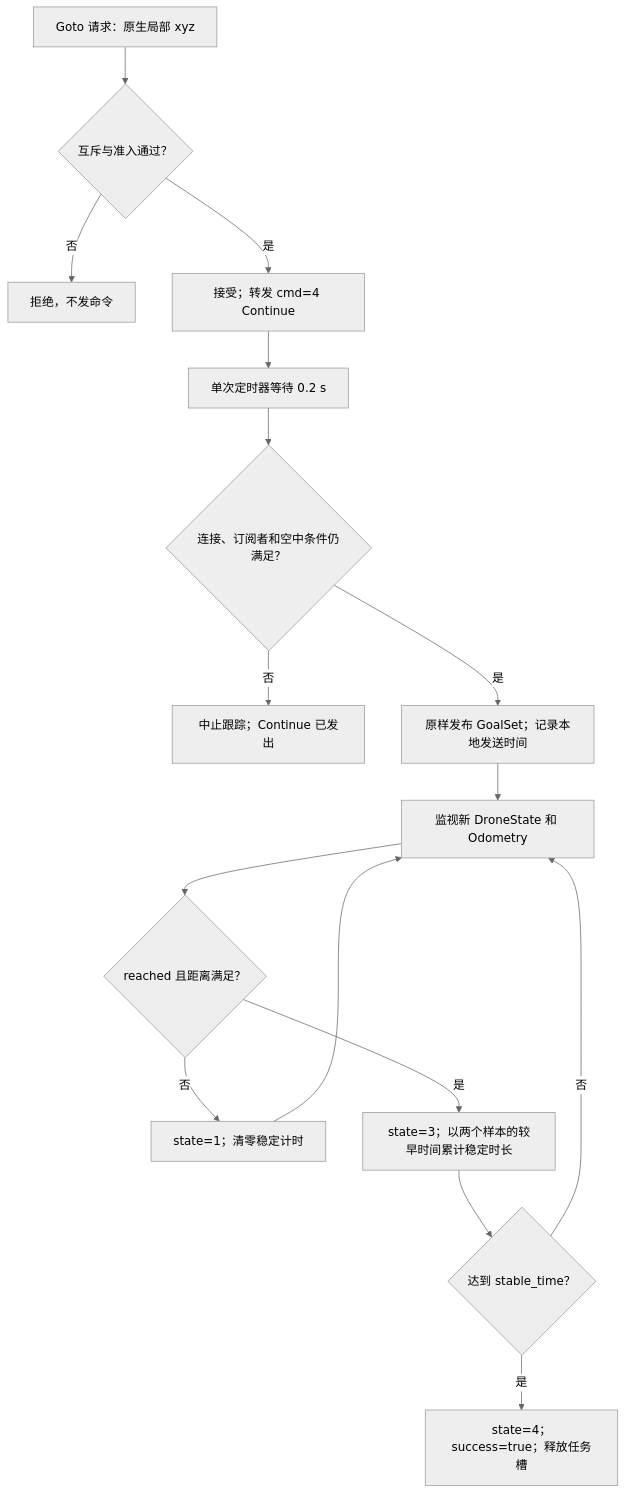
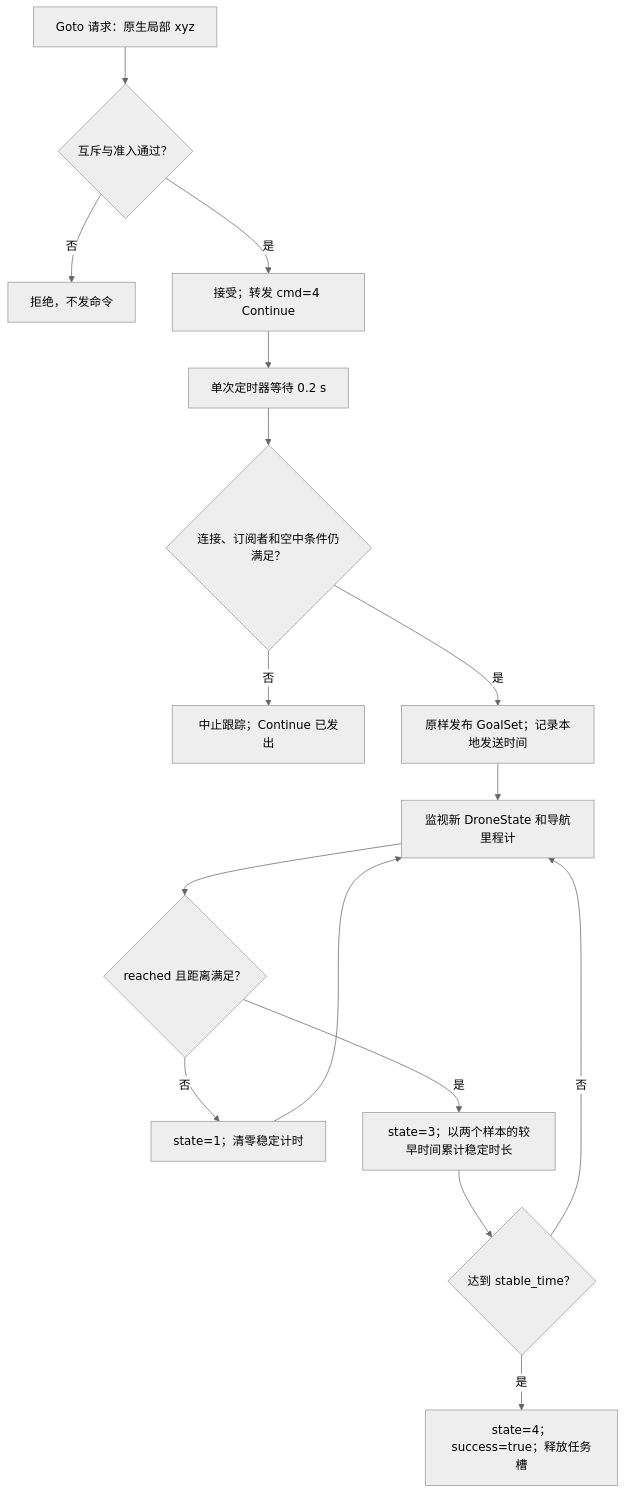
The second of 3 diagrams in docs/开发逻辑.md (QGDuan/Spikive-Control-SDK), drawn with Mermaid (neutral theme) before and after one commit. The commit also changed other lines of this file and 19 other files, not shown here.

````diff
--- a/docs/开发逻辑.md
+++ b/docs/开发逻辑.md
@@ -65,18 +66,18 @@
 ```mermaid
 flowchart TD
   A[Goto 请求：原生局部 xyz] --> B{互斥与准入通过？}
   B -->|否| R[拒绝，不发命令]
   B -->|是| C[接受；转发 cmd=4 Continue]
   C --> D[单次定时器等待 0.2 s]
   D --> E{连接、订阅者和空中条件仍满足？}
   E -->|否| X[中止跟踪；Continue 已发出]
   E -->|是| F[原样发布 GoalSet；记录本地发送时间]
-  F --> G[监视新 DroneState 和 Odometry]
+  F --> G[监视新 DroneState 和导航里程计]
   G --> H{reached 且距离满足？}
   H -->|否| I[state=1；清零稳定计时]
   I --> G
   H -->|是| J[state=3；以两个样本的较早时间累计稳定时长]
   J --> K{达到 stable_time？}
   K -->|否| G
   K -->|是| L[state=4；success=true；释放任务槽]
 ```
````
